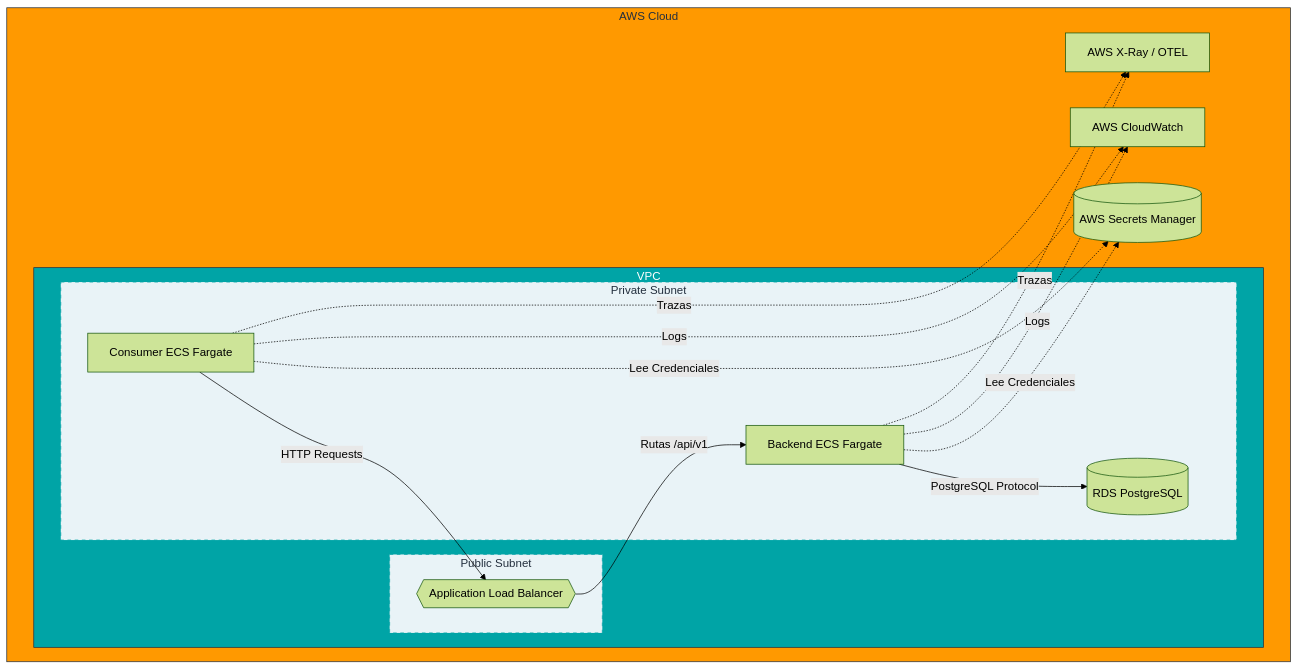
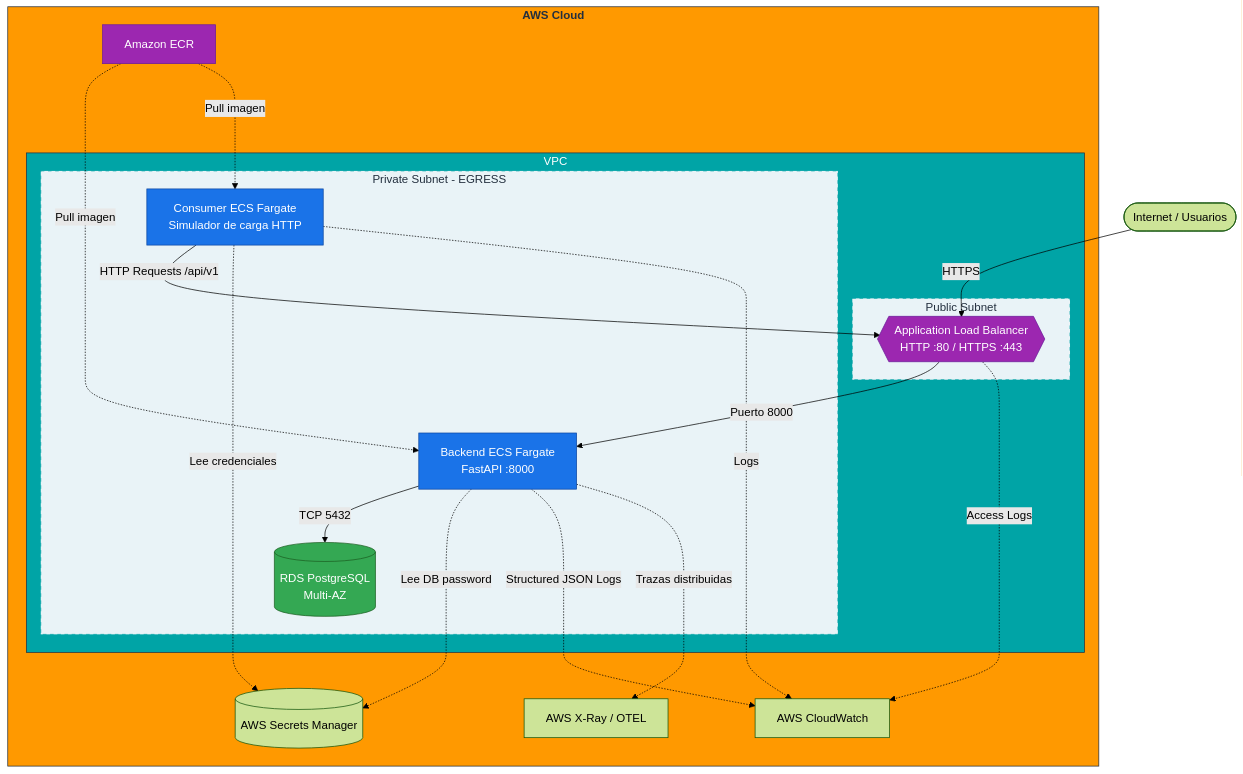
Before and after one commit to 11julio11/Prueba-T-cnica: the diagram in AWS_PROPOSAL.md, drawn with Mermaid (forest theme). The commit also changed other lines of this file and 2 other files, not shown here.

Commit message:
docs: update Postman collection, README diagram, and AWS architecture diagram

````diff
--- a/AWS_PROPOSAL.md
+++ b/AWS_PROPOSAL.md
@@ -22,42 +33,53 @@
 ```mermaid
 flowchart TD
+    Internet([Internet / Usuarios])
+
     subgraph AWS [AWS Cloud]
         Secrets[(AWS Secrets Manager)]
         CW[AWS CloudWatch]
         XRay[AWS X-Ray / OTEL]
+        ECR[Amazon ECR]
 
         subgraph VPC [VPC]
             subgraph Public [Public Subnet]
-                ALB{{Application Load Balancer}}
+                ALB{{Application Load Balancer\nHTTP :80 / HTTPS :443}}
             end
 
-            subgraph Private [Private Subnet]
-                Consumer[Consumer ECS Fargate]
-                Backend[Backend ECS Fargate]
-                RDS[(RDS PostgreSQL)]
+            subgraph Private [Private Subnet - EGRESS]
+                Backend[Backend ECS Fargate\nFastAPI :8000]
+                Consumer[Consumer ECS Fargate\nSimulador de carga HTTP]
+                RDS[(RDS PostgreSQL\nMulti-AZ)]
             end
         end
     end
 
-    Consumer -->|HTTP Requests| ALB
-    ALB -->|Rutas /api/v1| Backend
-    Backend -->|PostgreSQL Protocol| RDS
+    Internet -->|HTTPS| ALB
+    Consumer -->|HTTP Requests /api/v1| ALB
+    ALB -->|Puerto 8000| Backend
+    Backend -->|TCP 5432| RDS
 
-    %% Secrets
-    Backend -.->|Lee Credenciales| Secrets
-    Consumer -.->|Lee Credenciales| Secrets
+    ECR -..->|Pull imagen| Backend
+    ECR -..->|Pull imagen| Consumer
 
-    %% Telemetría
-    Backend -.->|Logs| CW
-    Consumer -.->|Logs| CW
-    Backend -.->|Trazas| XRay
-    Consumer -.->|Trazas| XRay
+    Backend -..->|Lee DB password| Secrets
+    Consumer -..->|Lee credenciales| Secrets
 
-    classDef aws fill:#FF9900,color:#232F3E,stroke:#232F3E;
+    Backend -..->|Structured JSON Logs| CW
+    Consumer -..->|Logs| CW
+    ALB -..->|Access Logs| CW
+    Backend -..->|Trazas distribuidas| XRay
+
+    classDef aws fill:#FF9900,color:#232F3E,stroke:#232F3E,font-weight:bold;
     classDef vpc fill:#00A4A6,color:white,stroke:#232F3E;
-    classDef subnet fill:#E9F3F7,color:#232F3E,stroke:#00A4A6,stroke-dasharray: 5 5;
-    
+    classDef subnet fill:#E9F3F7,color:#232F3E,stroke:#00A4A6,stroke-dasharray:5 5;
+    classDef service fill:#1A73E8,color:white,stroke:#0D47A1;
+    classDef storage fill:#34A853,color:white,stroke:#1B5E20;
+    classDef infra fill:#9C27B0,color:white,stroke:#6A1B9A;
+
     class AWS aws;
     class VPC vpc;
     class Public,Private subnet;
+    class Backend,Consumer service;
+    class RDS storage;
+    class ALB,ECR infra;
 ```
````
